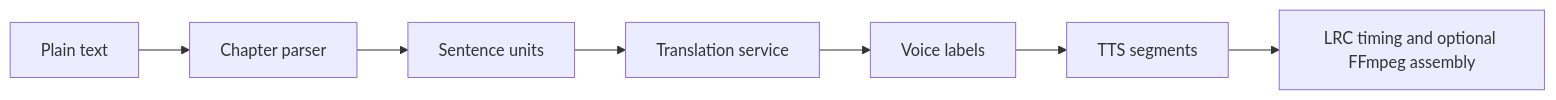
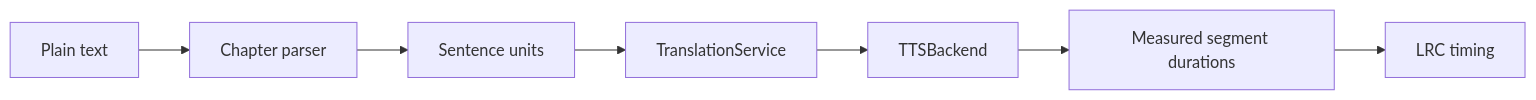
The second of 3 diagrams in README.md (Zelong-G/AI-Dubbing-Pipeline), drawn with Mermaid before and after one commit. The commit also changed other lines of this file and 30 other files, not shown here.

````diff
--- a/README.md
+++ b/README.md
@@ -34,9 +37,9 @@
 ```mermaid
 flowchart LR
     A[Plain text] --> B[Chapter parser]
     B --> C[Sentence units]
-    C --> D[Translation service]
-    D --> E[Voice labels]
-    E --> F[TTS segments]
-    F --> G[LRC timing and optional FFmpeg assembly]
+    C --> D[TranslationService]
+    D --> E[TTSBackend]
+    E --> F[Measured segment durations]
+    F --> G[LRC timing]
 ```
````
